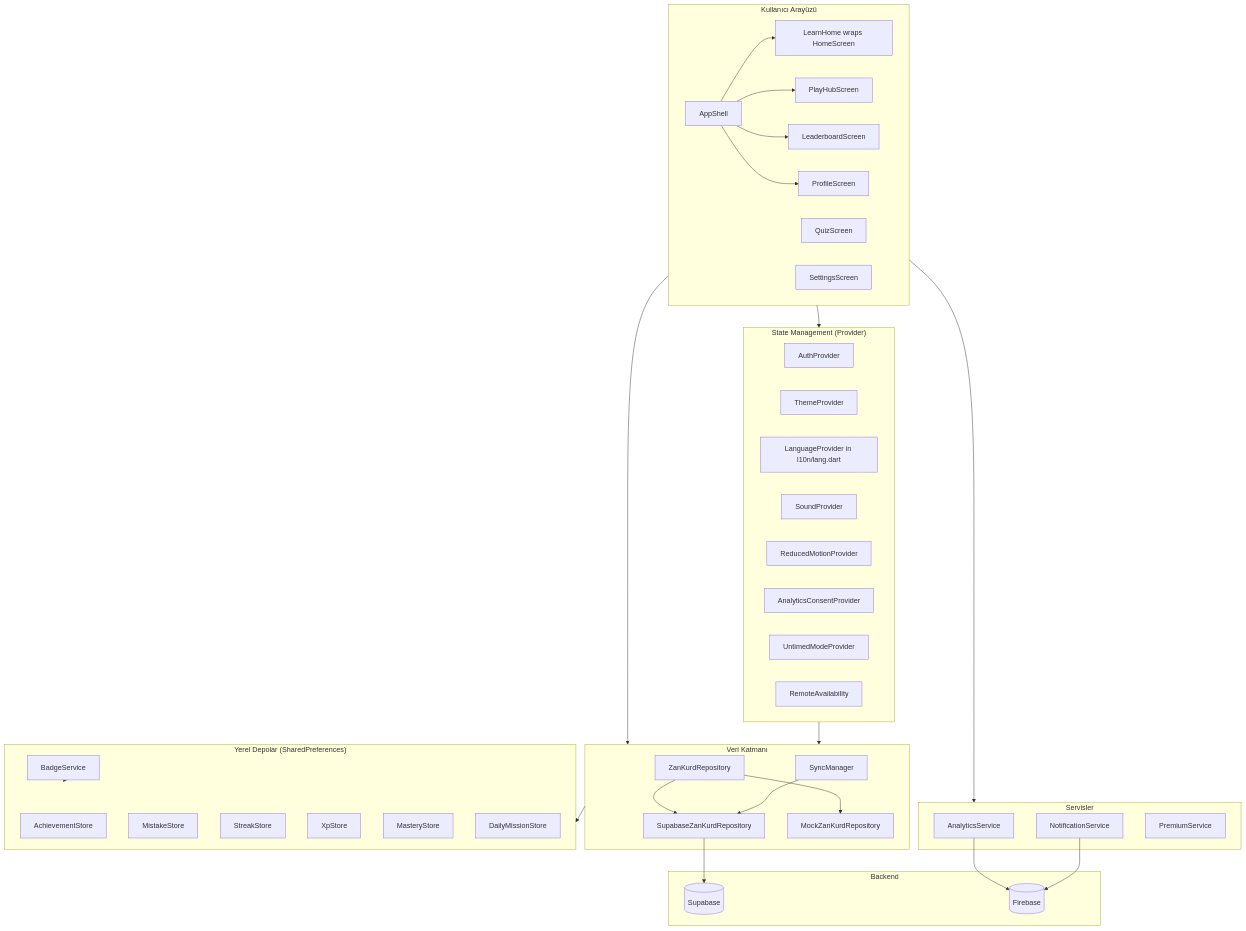
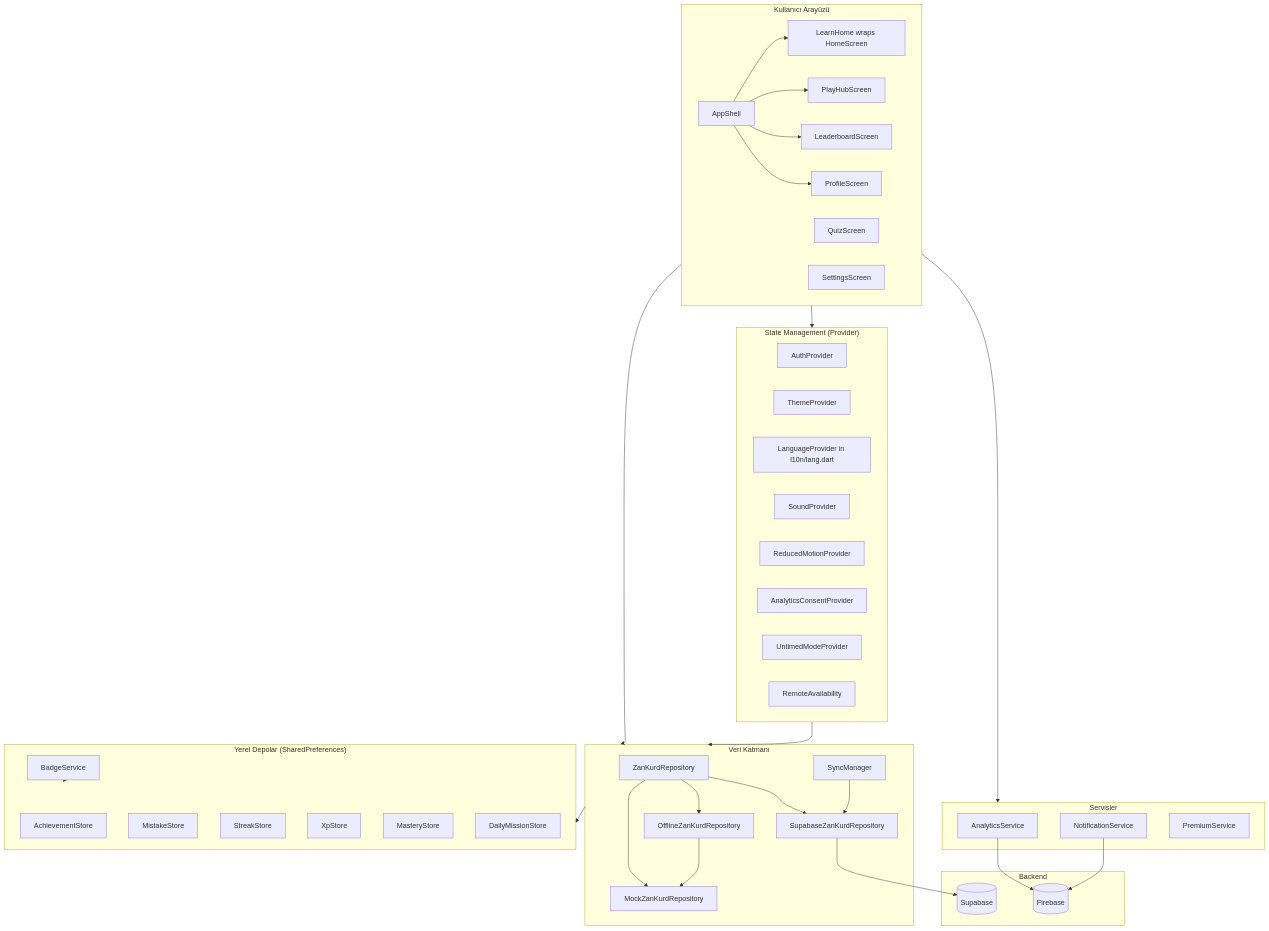
One commit to mordemnisebin/zankurd changed the diagram in zankurd_mobile/ARCHITECTURE.md. Above: the diagram before and after it, drawn with Mermaid. The commit also changed other lines of this file and 6 other files, not shown here.

````diff
--- a/zankurd_mobile/ARCHITECTURE.md
+++ b/zankurd_mobile/ARCHITECTURE.md
@@ -16,71 +16,74 @@
 ```mermaid
 graph TB
     subgraph UI["Kullanıcı Arayüzü"]
         AS[AppShell]
         LH[LearnHome wraps HomeScreen]
         PH[PlayHubScreen]
         QS[QuizScreen]
         PS[ProfileScreen]
         LS[LeaderboardScreen]
         SS[SettingsScreen]
     end
 
     subgraph Providers["State Management (Provider)"]
         AP[AuthProvider]
         TP[ThemeProvider]
         LP[LanguageProvider in l10n/lang.dart]
         SP[SoundProvider]
         RM[ReducedMotionProvider]
         AC[AnalyticsConsentProvider]
         UM[UntimedModeProvider]
         RA[RemoteAvailability]
     end
 
     subgraph Services["Servisler"]
         ANS[AnalyticsService]
         NS[NotificationService]
         PRE[PremiumService]
     end
 
     subgraph Data["Veri Katmanı"]
         REPO[ZanKurdRepository]
         SUPA[SupabaseZanKurdRepository]
         MOCK[MockZanKurdRepository]
+        OFFLINE[OfflineZanKurdRepository]
         SM[SyncManager]
     end
 
     subgraph Stores["Yerel Depolar (SharedPreferences)"]
         AS2[AchievementStore]
         MS[MistakeStore]
         SS2[StreakStore]
         XS[XpStore]
         MAS[MasteryStore]
         DMS[DailyMissionStore]
         BD[BadgeService]
     end
 
     subgraph Backend["Backend"]
         SB[(Supabase)]
         FB[(Firebase)]
     end
 
     AS --> LH
     AS --> PH
     AS --> LS
     AS --> PS
     UI --> Providers
     UI --> Data
     UI --> Services
     Providers --> Data
 
     REPO --> SUPA
     REPO --> MOCK
+    REPO --> OFFLINE
+    OFFLINE --> MOCK
     SUPA --> SB
     SM --> SUPA
 
     ANS --> FB
     BD --> Stores
     NS --> FB
 
     Data --> Stores
 ```
````
